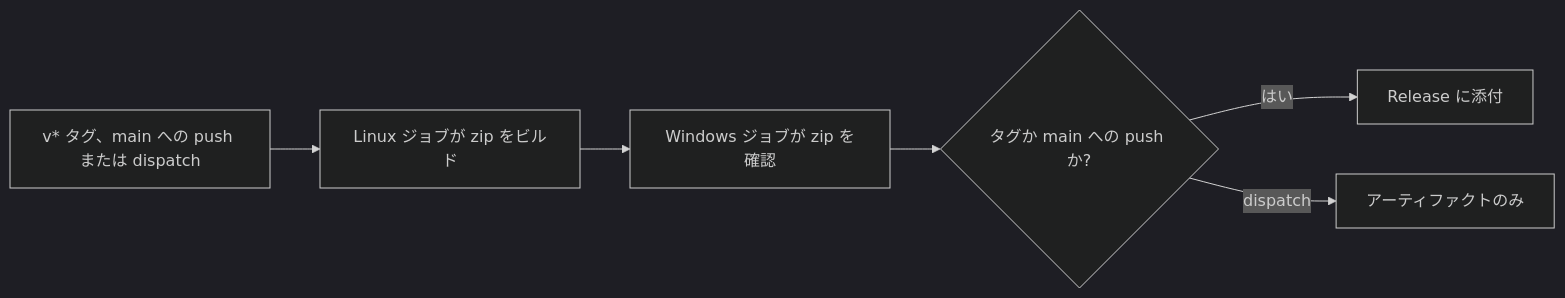
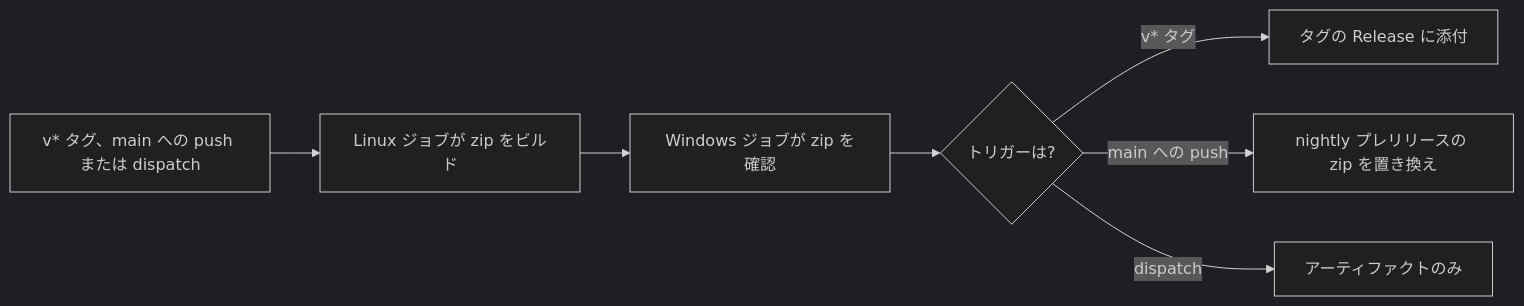
Before and after one commit to syudead/vv: the ninth of 9 diagrams in translations/ja/docs/design-docs/windows-app.md, drawn with Mermaid (dark theme). The commit also changed other lines of this file and 8 other files, not shown here.

First line of the commit message:
ci: main の Windows 版を prerelease の nightly 1 件に差し替える

````diff
--- a/translations/ja/docs/design-docs/windows-app.md
+++ b/translations/ja/docs/design-docs/windows-app.md
@@ -220,8 +220,9 @@
 ```mermaid
 flowchart LR
   tag[v* タグ、main への push または dispatch] --> build[Linux ジョブが zip をビルド]
   build --> verify[Windows ジョブが zip を確認]
-  verify --> pushed{タグか main への push か?}
-  pushed -->|はい| release[Release に添付]
+  verify --> pushed{トリガーは?}
+  pushed -->|v* タグ| release[タグの Release に添付]
+  pushed -->|main への push| nightly[nightly プレリリースの zip を置き換え]
   pushed -->|dispatch| artifact[アーティファクトのみ]
 ```
````
